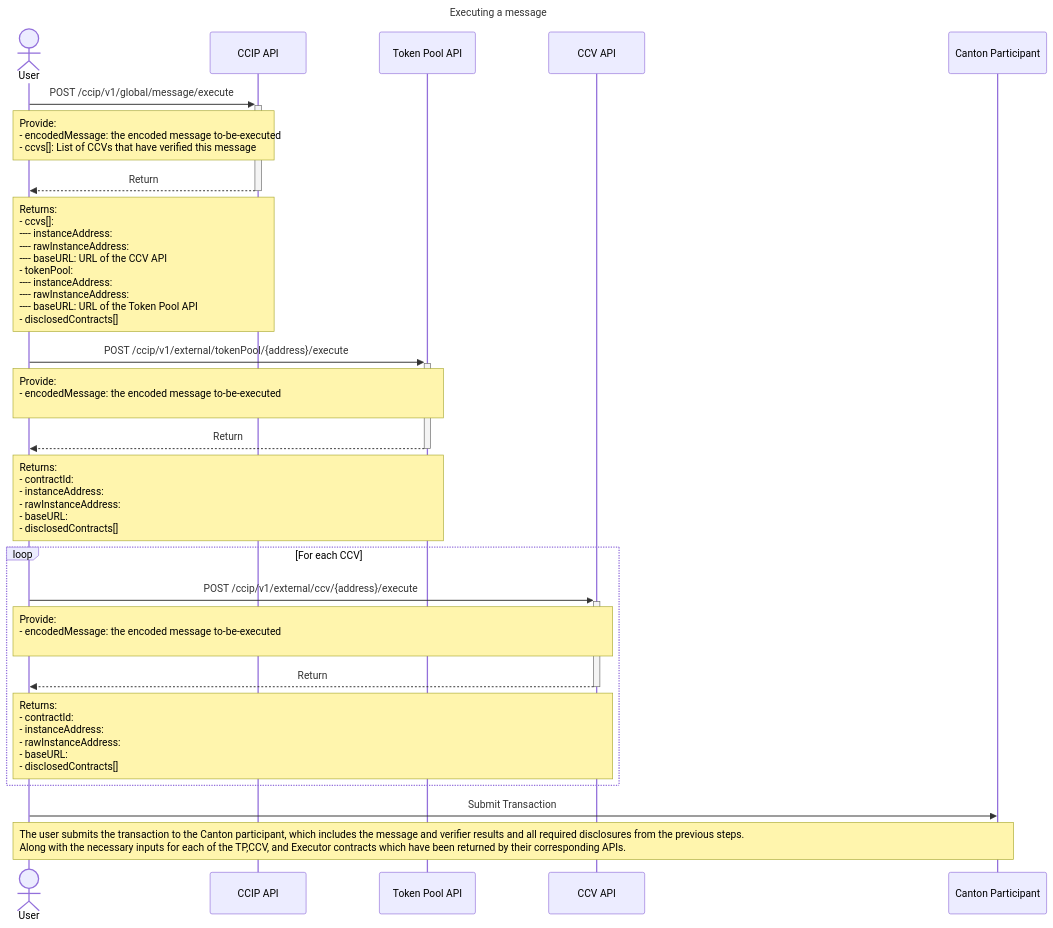
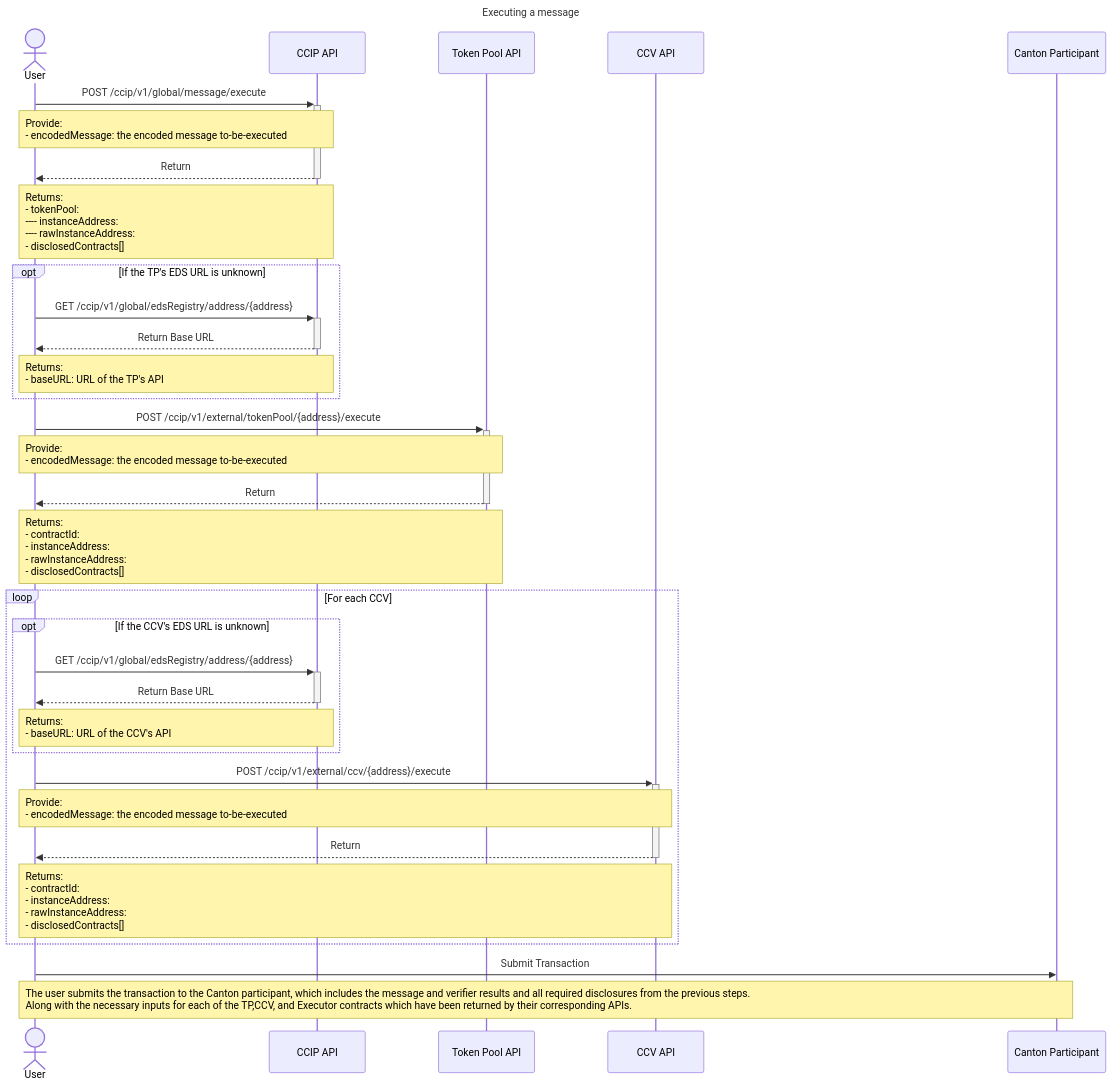
The second of 2 diagrams in openapi/src/eds/README.md (smartcontractkit/chainlink-canton), drawn with Mermaid before and after one commit. The commit also changed other lines of this file and 10 other files, not shown here.

````diff
--- a/openapi/src/eds/README.md
+++ b/openapi/src/eds/README.md
@@ -228,35 +255,50 @@
 ```mermaid
 ---
 title: Executing a message
 config:
     sequence:
         messageAlign: center
         noteAlign: left
         noteMargin: 10
 ---
 
 sequenceDiagram
     actor User
     participant CCIP as CCIP API
     participant TP as Token Pool API
     participant CCV as CCV API
     participant Canton as Canton Participant
+
     User ->>+ CCIP: POST /ccip/v1/global/message/execute
-    note over User, CCIP: Provide: <br/> - encodedMessage: the encoded message to-be-executed <br/> - ccvs[]: List of CCVs that have verified this message
+    note over User, CCIP: Provide: <br/> - encodedMessage: the encoded message to-be-executed
     CCIP -->>- User: Return
-    note over User, CCIP: Returns: <br/> - ccvs[]: <br/> ---- instanceAddress: <br/> ---- rawInstanceAddress: <br/> ---- baseURL: URL of the CCV API <br/> - tokenPool: <br/> ---- instanceAddress: <br/> ---- rawInstanceAddress: <br/> ---- baseURL: URL of the Token Pool API <br/> - disclosedContracts[]
+    note over User, CCIP: Returns: <br/> - tokenPool: <br/> ---- instanceAddress: <br/> ---- rawInstanceAddress: <br/> - disclosedContracts[]
+
+    opt If the TP's EDS URL is unknown
+        User ->>+ CCIP: GET /ccip/v1/global/edsRegistry/address/{address}
+        CCIP -->>- User: Return Base URL
+        note over User, CCIP: Returns: <br/> - baseURL: URL of the TP's API
+    end
+
     User ->>+ TP: POST /ccip/v1/external/tokenPool/{address}/execute
-    note over User, TP: Provide: <br/> - encodedMessage: the encoded message to-be-executed <br/>
+    note over User, TP: Provide: <br/> - encodedMessage: the encoded message to-be-executed
     TP -->>- User: Return
-    note over User, TP: Returns: <br/> - contractId: <br/> - instanceAddress: <br/> - rawInstanceAddress: <br/> - baseURL: <br/> - disclosedContracts[]
+    note over User, TP: Returns: <br/> - contractId: <br/> - instanceAddress: <br/> - rawInstanceAddress: <br/> - disclosedContracts[]
 
     loop For each CCV
+        opt If the CCV's EDS URL is unknown
+            User ->>+ CCIP: GET /ccip/v1/global/edsRegistry/address/{address}
+            CCIP -->>- User: Return Base URL
+            note over User, CCIP: Returns: <br/> - baseURL: URL of the CCV's API
+        end
+
         User ->>+ CCV: POST /ccip/v1/external/ccv/{address}/execute
-        note over User, CCV: Provide: <br/> - encodedMessage: the encoded message to-be-executed <br/>
+        note over User, CCV: Provide: <br/> - encodedMessage: the encoded message to-be-executed
         CCV -->>- User: Return
-        note over User, CCV: Returns: <br/> - contractId: <br/> - instanceAddress: <br/> - rawInstanceAddress: <br/> - baseURL: <br/> - disclosedContracts[]
+        note over User, CCV: Returns: <br/> - contractId: <br/> - instanceAddress: <br/> - rawInstanceAddress: <br/> - disclosedContracts[]
     end
 
     User ->> Canton: Submit Transaction
     note over User, Canton: The user submits the transaction to the Canton participant, which includes the message and verifier results and all required disclosures from the previous steps. <br/> Along with the necessary inputs for each of the TP,CCV, and Executor contracts which have been returned by their corresponding APIs.
+
 ```
````
